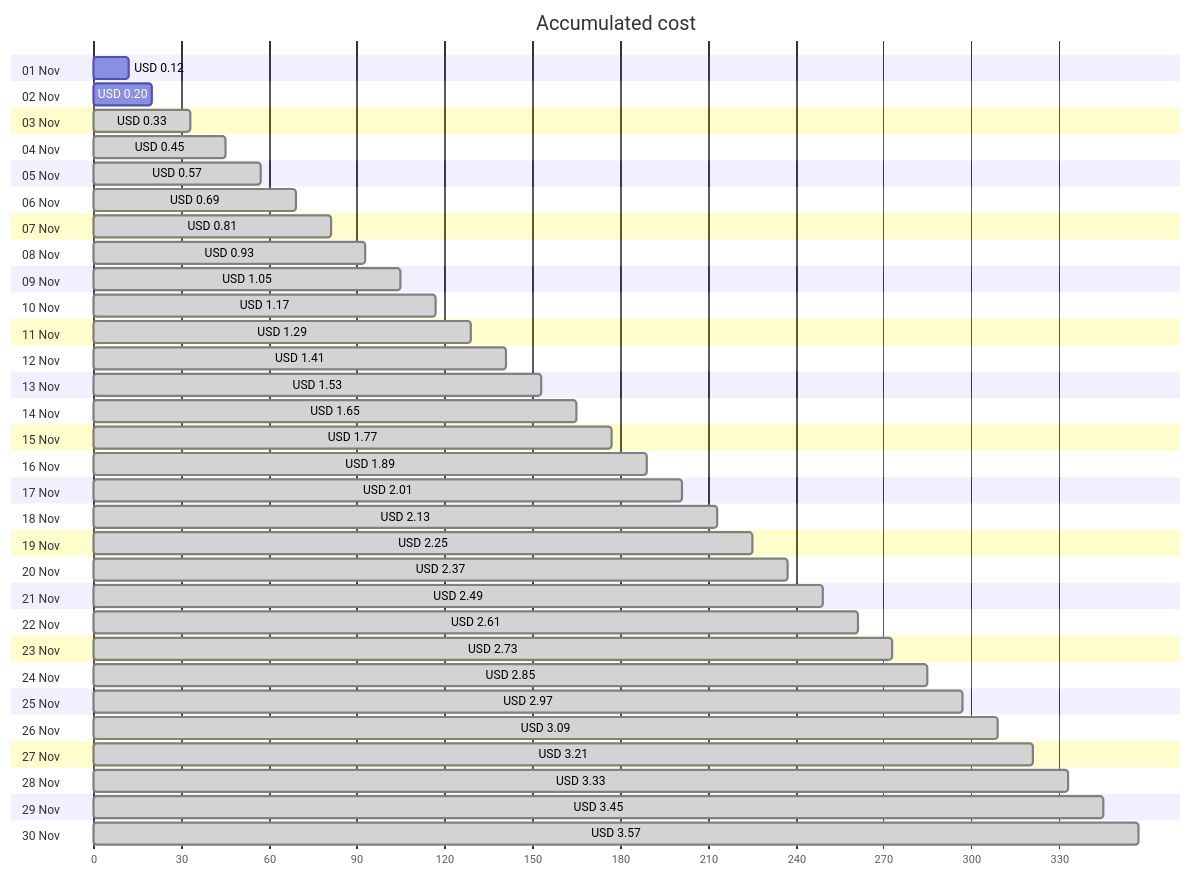
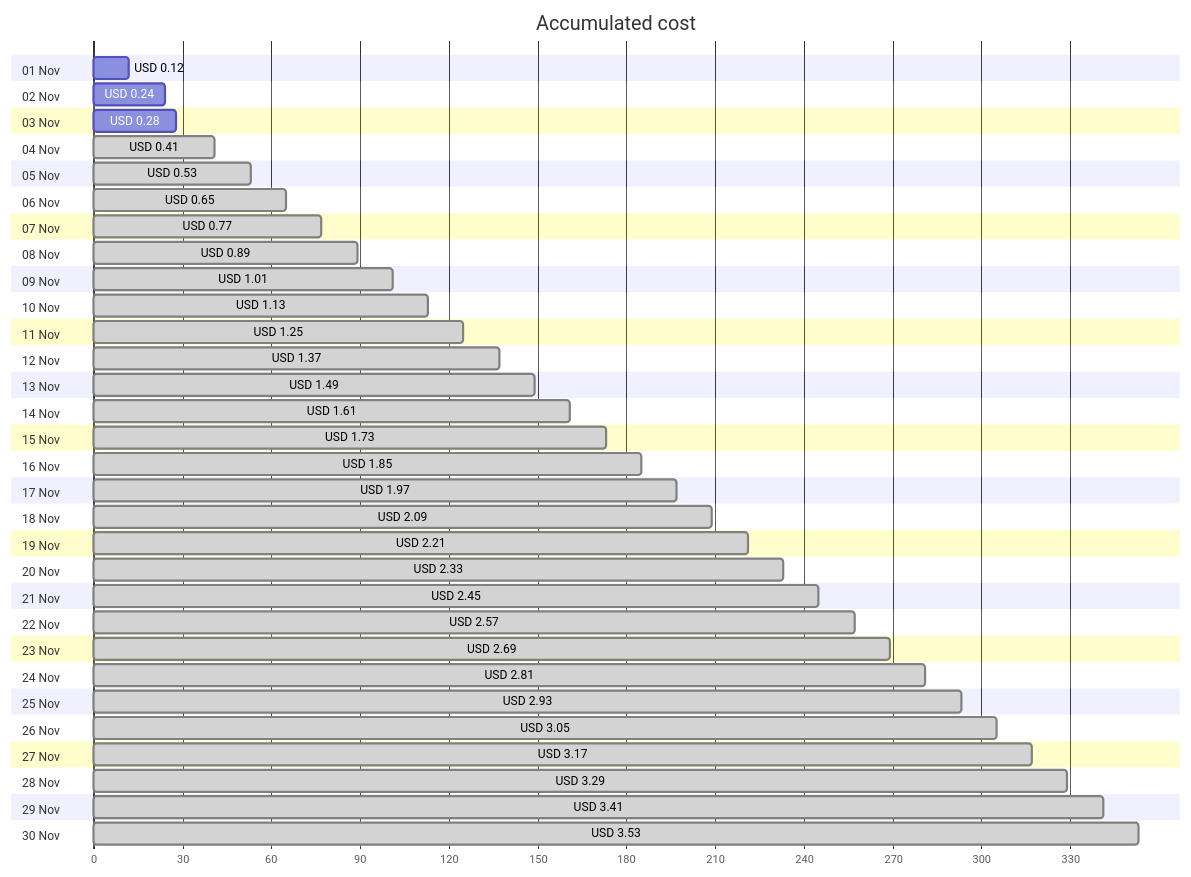
Before and after one commit to jpfulton/azure-personal-reports: the first of 4 diagrams in cost-reports/personal-network/backup-server-public-ip.md, drawn with Mermaid. The commit also changed other lines of this file and 8 other files, not shown here.

````diff
--- a/cost-reports/personal-network/backup-server-public-ip.md
+++ b/cost-reports/personal-network/backup-server-public-ip.md
@@ -20,66 +20,66 @@
 ```mermaid
 gantt
    title Accumulated cost
    dateFormat  X
    axisFormat %s
    section 01 Nov
    USD 0.12 :0, 12
    section 02 Nov
-   USD 0.20 :0, 20
+   USD 0.24 :0, 24
    section 03 Nov
-   USD 0.33 : done, 0, 33
+   USD 0.28 :0, 28
    section 04 Nov
-   USD 0.45 : done, 0, 45
+   USD 0.41 : done, 0, 41
    section 05 Nov
-   USD 0.57 : done, 0, 57
+   USD 0.53 : done, 0, 53
    section 06 Nov
-   USD 0.69 : done, 0, 69
+   USD 0.65 : done, 0, 65
    section 07 Nov
-   USD 0.81 : done, 0, 81
+   USD 0.77 : done, 0, 77
    section 08 Nov
-   USD 0.93 : done, 0, 93
+   USD 0.89 : done, 0, 89
    section 09 Nov
-   USD 1.05 : done, 0, 105
+   USD 1.01 : done, 0, 101
    section 10 Nov
-   USD 1.17 : done, 0, 117
+   USD 1.13 : done, 0, 113
    section 11 Nov
-   USD 1.29 : done, 0, 129
+   USD 1.25 : done, 0, 125
    section 12 Nov
-   USD 1.41 : done, 0, 141
+   USD 1.37 : done, 0, 137
    section 13 Nov
-   USD 1.53 : done, 0, 153
+   USD 1.49 : done, 0, 149
    section 14 Nov
-   USD 1.65 : done, 0, 165
+   USD 1.61 : done, 0, 161
    section 15 Nov
-   USD 1.77 : done, 0, 177
+   USD 1.73 : done, 0, 173
    section 16 Nov
-   USD 1.89 : done, 0, 189
+   USD 1.85 : done, 0, 185
    section 17 Nov
-   USD 2.01 : done, 0, 201
+   USD 1.97 : done, 0, 197
    section 18 Nov
-   USD 2.13 : done, 0, 213
+   USD 2.09 : done, 0, 209
    section 19 Nov
-   USD 2.25 : done, 0, 225
+   USD 2.21 : done, 0, 221
    section 20 Nov
-   USD 2.37 : done, 0, 237
+   USD 2.33 : done, 0, 233
    section 21 Nov
-   USD 2.49 : done, 0, 249
+   USD 2.45 : done, 0, 245
    section 22 Nov
-   USD 2.61 : done, 0, 261
+   USD 2.57 : done, 0, 257
    section 23 Nov
-   USD 2.73 : done, 0, 273
+   USD 2.69 : done, 0, 269
    section 24 Nov
-   USD 2.85 : done, 0, 285
+   USD 2.81 : done, 0, 281
    section 25 Nov
-   USD 2.97 : done, 0, 297
+   USD 2.93 : done, 0, 293
    section 26 Nov
-   USD 3.09 : done, 0, 309
+   USD 3.05 : done, 0, 305
    section 27 Nov
-   USD 3.21 : done, 0, 321
+   USD 3.17 : done, 0, 317
    section 28 Nov
-   USD 3.33 : done, 0, 333
+   USD 3.29 : done, 0, 329
    section 29 Nov
-   USD 3.45 : done, 0, 345
+   USD 3.41 : done, 0, 341
    section 30 Nov
-   USD 3.57 : done, 0, 357
+   USD 3.53 : done, 0, 353
 ```
````
